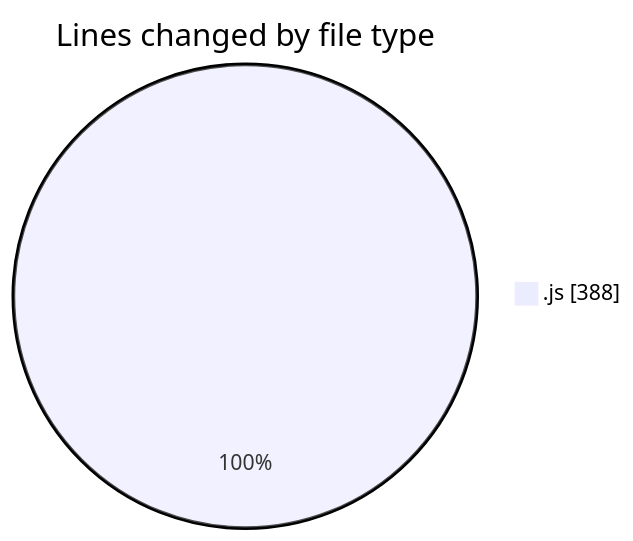
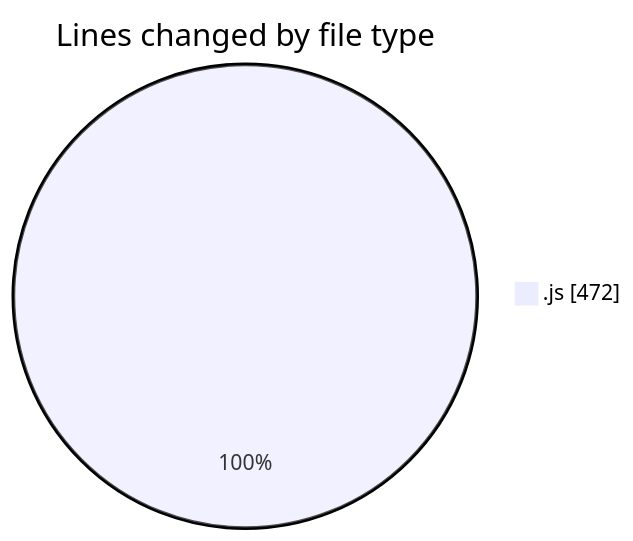
One commit to BS-eng2023/code-tracking changed the first of 2 diagrams in 2025-04-03/jsvms/README.md. Above: the diagram before and after it, drawn with Mermaid. The commit also changed other lines of this file and 1 other file, not shown here.

````diff
--- a/2025-04-03/jsvms/README.md
+++ b/2025-04-03/jsvms/README.md
@@ -22,5 +23,5 @@
 ```mermaid
 pie showData
 title Lines changed by file type
-".js" : 388
+".js" : 472
 ```
````
